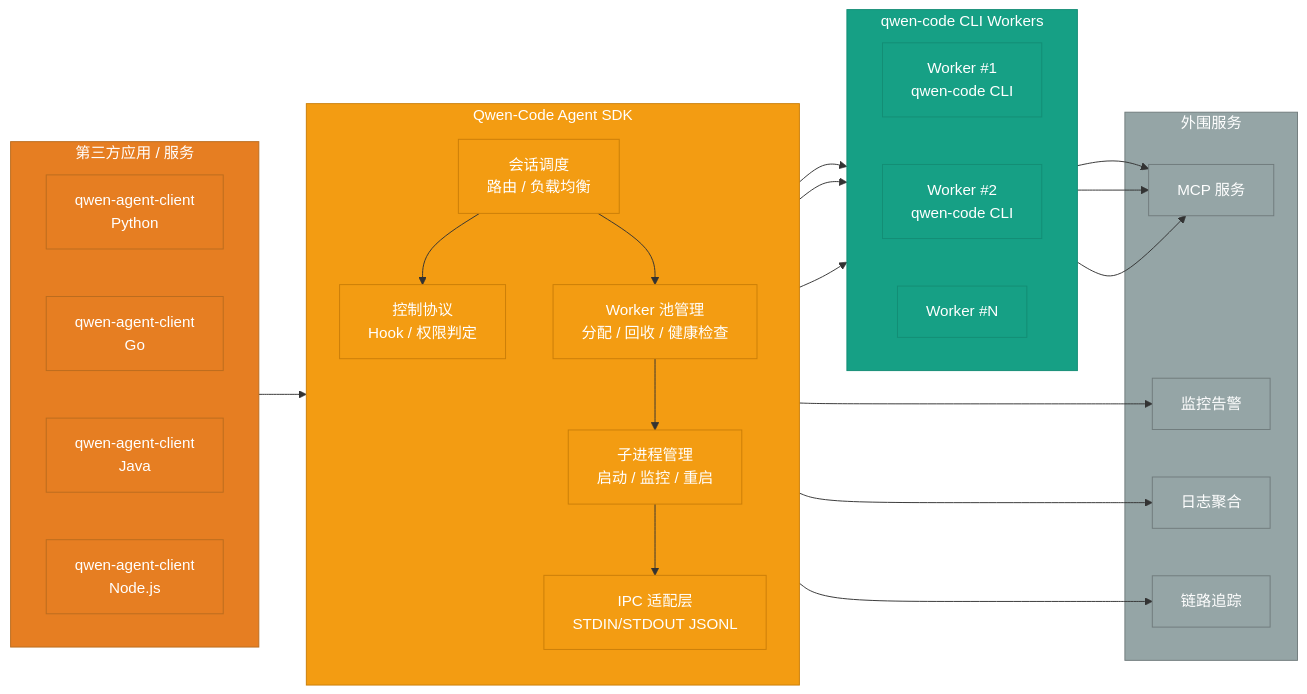
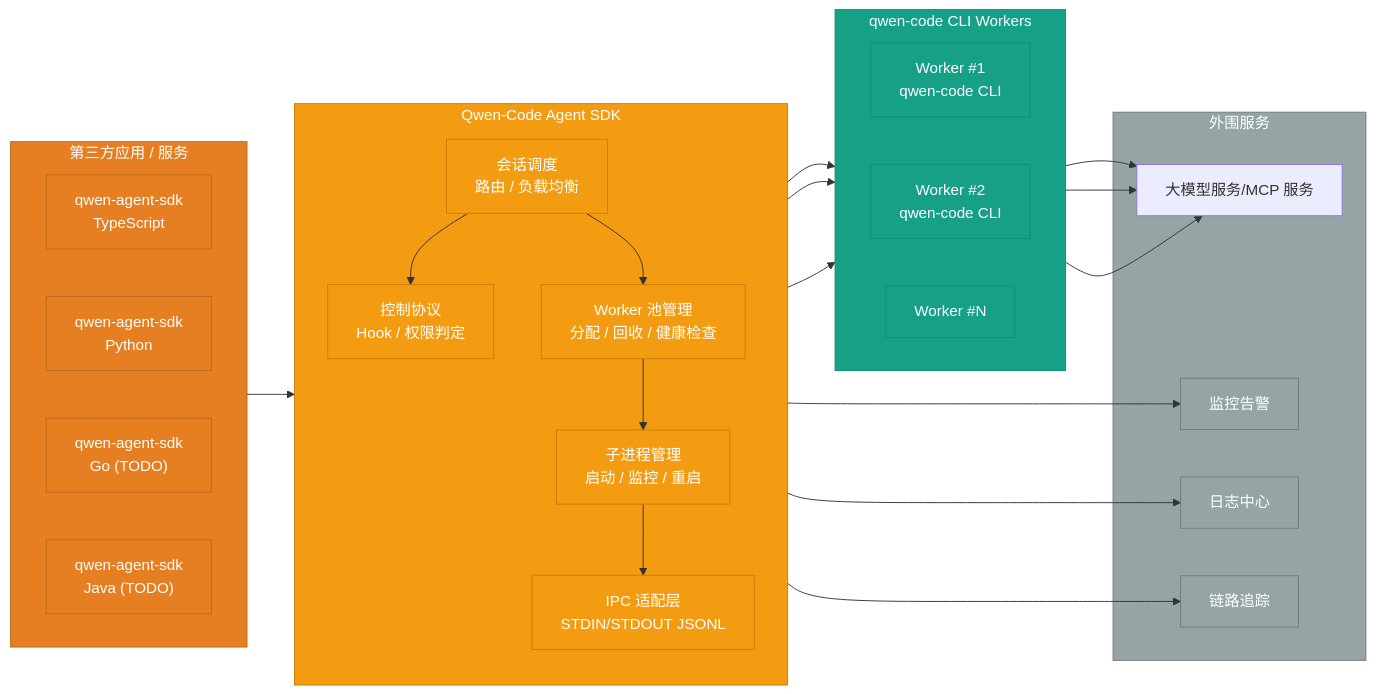
The diagram in docs/rfc/qwen-code-agent-framework-rfc_cn.md (x22x22/qwen-code), drawn with Mermaid before and after one commit. The commit also changed other lines of this file, not shown here.

Commit message:
refactor: enhance Qwen-Code Agent SDK documentation for clarity and consistency

````diff
--- a/docs/rfc/qwen-code-agent-framework-rfc_cn.md
+++ b/docs/rfc/qwen-code-agent-framework-rfc_cn.md
@@ -30,59 +31,59 @@
 ```mermaid
 flowchart LR
     subgraph Clients["第三方应用 / 服务"]
         direction LR
-        PythonSDK["qwen-agent-client<br/>Python"]
-        GoSDK["qwen-agent-client<br/>Go"]
-        JavaSDK["qwen-agent-client<br/>Java"]
-        NodeSDK["qwen-agent-client<br/>Node.js"]
+        TypeScriptSDK["qwen-agent-sdk<br/>TypeScript"]
+        PythonSDK["qwen-agent-sdk<br/>Python"]
+        GoSDK["qwen-agent-sdk<br/>Go (TODO)"]
+        JavaSDK["qwen-agent-sdk<br/>Java (TODO)"]
     end
 
     subgraph AgentSDK["Qwen-Code Agent SDK"]
         direction TB
         Router["会话调度<br/>路由 / 负载均衡"]
         ControlPlane["控制协议<br/>Hook / 权限判定"]
         WorkerPool["Worker 池管理<br/>分配 / 回收 / 健康检查"]
         ProcessMgr["子进程管理<br/>启动 / 监控 / 重启"]
         IPC["IPC 适配层<br/>STDIN/STDOUT JSONL"]
     end
 
     subgraph Workers["qwen-code CLI Workers"]
         direction LR
         Worker1["Worker #1<br/>qwen-code CLI"]
         Worker2["Worker #2<br/>qwen-code CLI"]
         WorkerN["Worker #N"]
     end
 
     subgraph Services["外围服务"]
-        MCP["MCP 服务"]
+        LLM_MCP["大模型服务/MCP 服务"]
         Monitor["监控告警"]
-        Logger["日志聚合"]
+        Logger["日志中心"]
         Trace["链路追踪"]
     end
 
     Clients --> Router
     Router --> ControlPlane
     Router --> WorkerPool
     WorkerPool --> ProcessMgr
     ProcessMgr --> IPC
     IPC --> Worker1
     IPC --> Worker2
     IPC --> WorkerN
 
-    Worker1 --> MCP
-    Worker2 --> MCP
-    WorkerN --> MCP
+    Worker1 --> LLM_MCP
+    Worker2 --> LLM_MCP
+    WorkerN --> LLM_MCP
 
     Router --> Monitor
     Router --> Logger
     Router --> Trace
 
     classDef clientStyle fill:#e67e22,stroke:#ba6c1e,color:#fff
     classDef sdkStyle fill:#f39c12,stroke:#ca7e08,color:#fff
     classDef workerStyle fill:#16a085,stroke:#138d75,color:#fff
     classDef serviceStyle fill:#95a5a6,stroke:#707b7c,color:#fff
-    class Clients,PythonSDK,GoSDK,JavaSDK,NodeSDK clientStyle
+    class Clients,TypeScriptSDK,PythonSDK,GoSDK,JavaSDK clientStyle
     class AgentSDK,Router,ControlPlane,ProcessMgr,IPC,WorkerPool sdkStyle
     class Workers,Worker1,Worker2,WorkerN workerStyle
     class Services,MCP,Monitor,Logger,Trace serviceStyle
 ```
````
